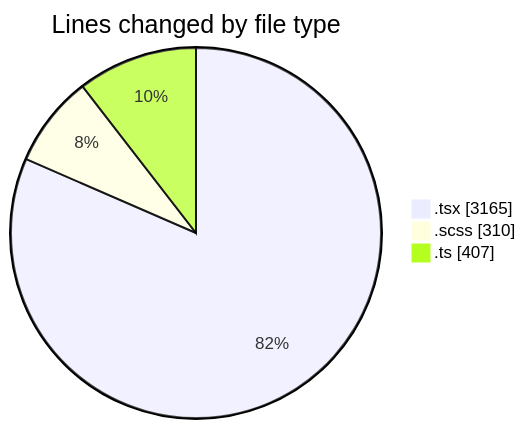
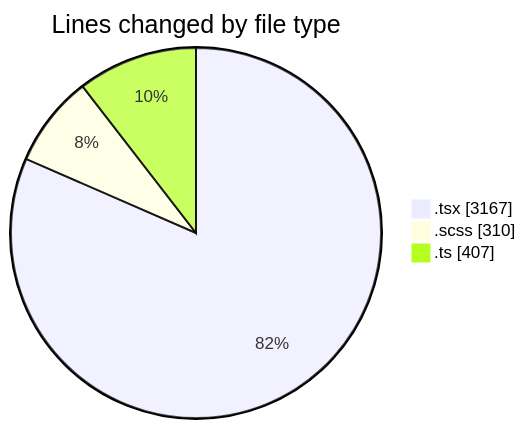
One commit to momahboobian/code-tracking changed the first of 2 diagrams in 2026-05-01/cda/README.md. Above: the diagram before and after it, drawn with Mermaid. The commit also changed other lines of this file and 1 other file, not shown here.

````diff
--- a/2026-05-01/cda/README.md
+++ b/2026-05-01/cda/README.md
@@ -62,7 +62,7 @@
 ```mermaid
 pie showData
 title Lines changed by file type
-".tsx" : 3165
+".tsx" : 3167
 ".scss" : 310
 ".ts" : 407
 ```
````
